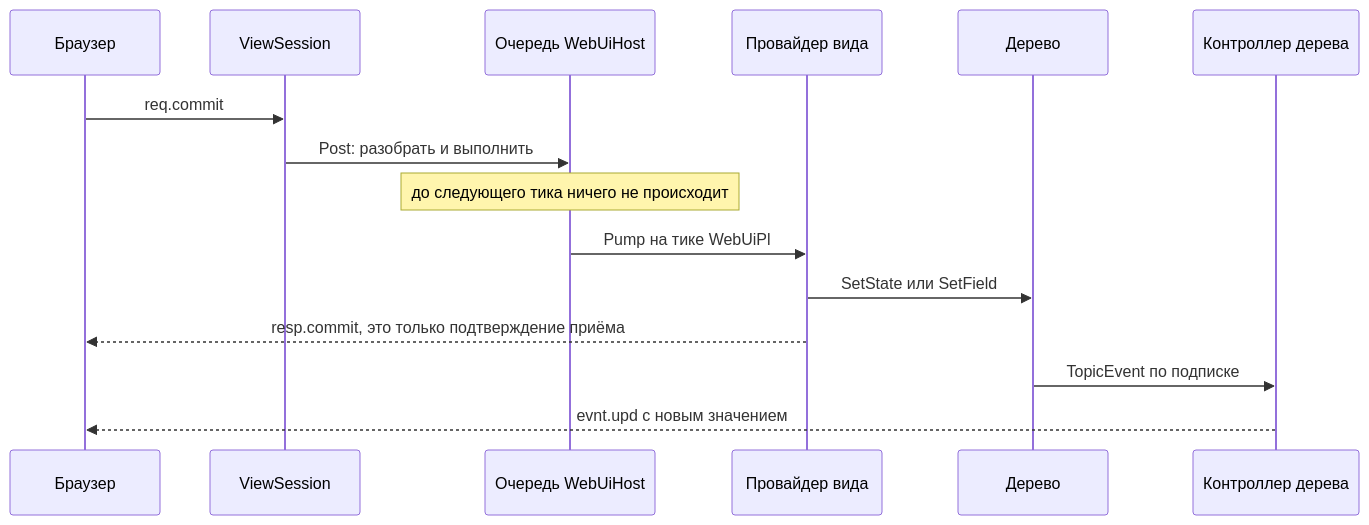
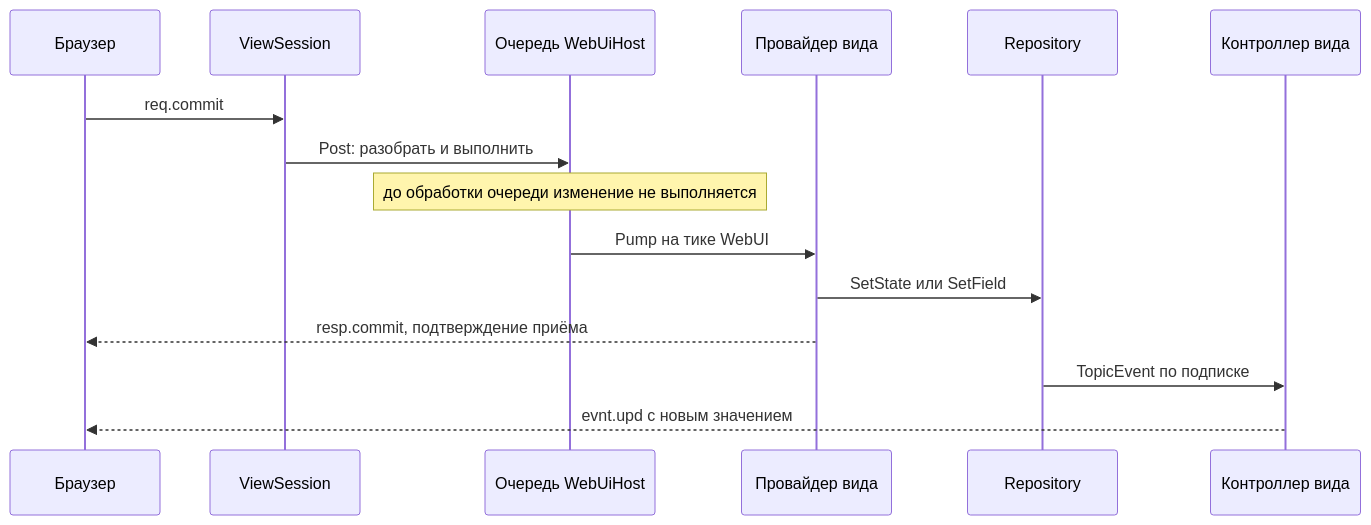
The fourth of 5 diagrams in README.md (enviriot/EnviriotSW), drawn with Mermaid before and after one commit. The commit also changed other lines of this file and 5 other files, not shown here.

````diff
--- a/README.md
+++ b/README.md
@@ -200,18 +392,17 @@
 ```mermaid
 sequenceDiagram
   participant BR as Браузер
   participant VS as ViewSession
   participant Q as Очередь WebUiHost
   participant P as Провайдер вида
-  participant T as Дерево
-  participant C as Контроллер дерева
-
+  participant T as Repository
+  participant C as Контроллер вида
   BR->>VS: req.commit
   VS->>Q: Post: разобрать и выполнить
-  Note over Q: до следующего тика ничего не происходит
-  Q->>P: Pump на тике WebUiPl
+  Note over Q: до обработки очереди изменение не выполняется
+  Q->>P: Pump на тике WebUI
   P->>T: SetState или SetField
-  P-->>BR: resp.commit, это только подтверждение приёма
+  P-->>BR: resp.commit, подтверждение приёма
   T->>C: TopicEvent по подписке
   C-->>BR: evnt.upd с новым значением
 ```
````
